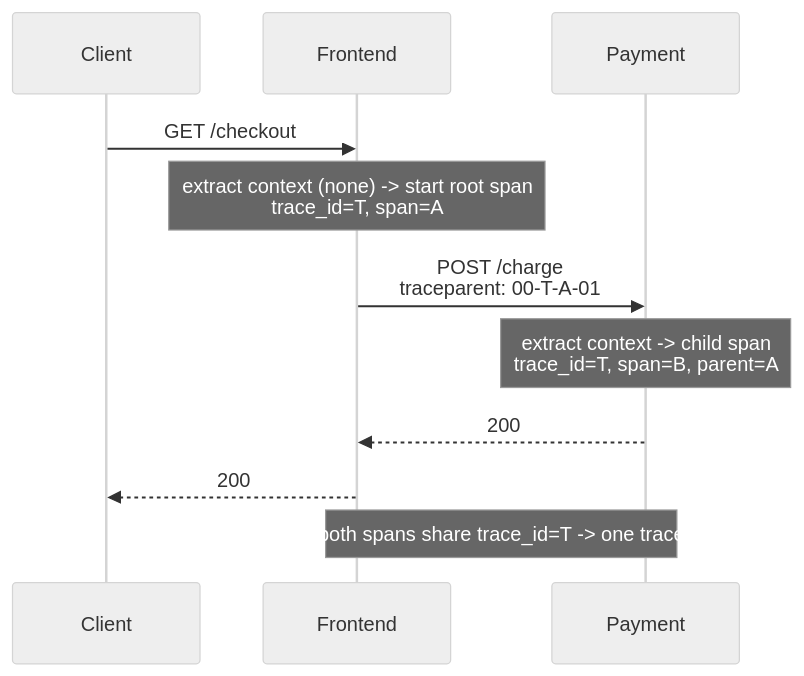
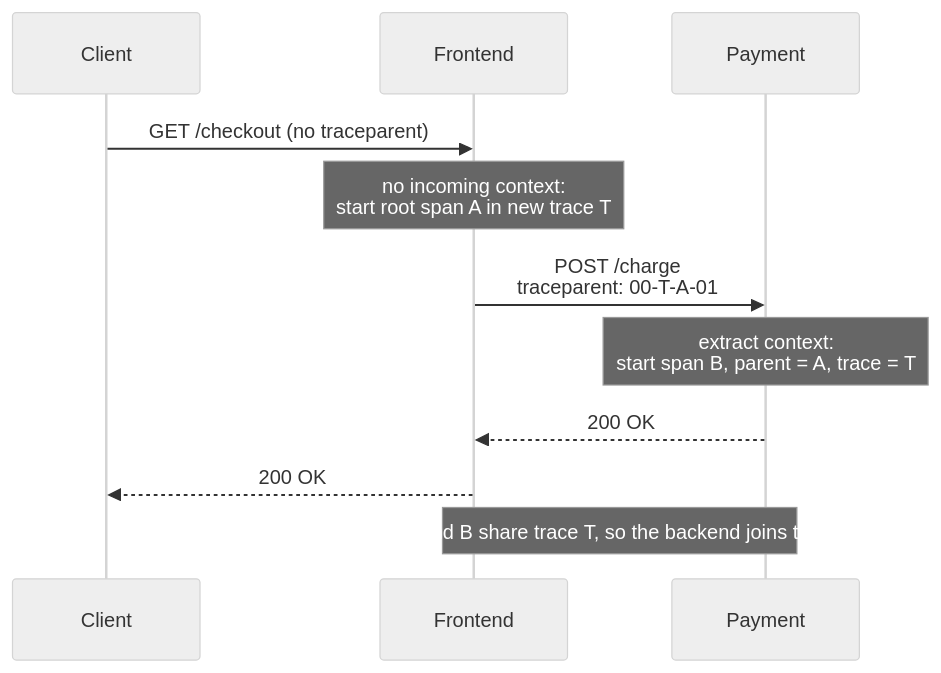
One commit to AndrewAltimit/Documentation changed the second of 5 diagrams in github-pages/docs/observability/tracing.md. Above: the diagram before and after it, drawn with Mermaid (neutral theme). The commit also changed other lines of this file and 240 other files, not shown here.

````diff
--- a/github-pages/docs/observability/tracing.md
+++ b/github-pages/docs/observability/tracing.md
@@ -108,13 +94,13 @@
 ```mermaid
 sequenceDiagram
     participant C as Client
     participant F as Frontend
     participant P as Payment
-    C->>F: GET /checkout
-    Note over F: extract context (none) -> start root span<br/>trace_id=T, span=A
+    C->>F: GET /checkout (no traceparent)
+    Note over F: no incoming context:<br/>start root span A in new trace T
     F->>P: POST /charge<br/>traceparent: 00-T-A-01
-    Note over P: extract context -> child span<br/>trace_id=T, span=B, parent=A
-    P-->>F: 200
-    F-->>C: 200
-    Note over F,P: both spans share trace_id=T -> one trace
+    Note over P: extract context:<br/>start span B, parent = A, trace = T
+    P-->>F: 200 OK
+    F-->>C: 200 OK
+    Note over F,P: A and B share trace T, so the backend joins them
 ```
````
